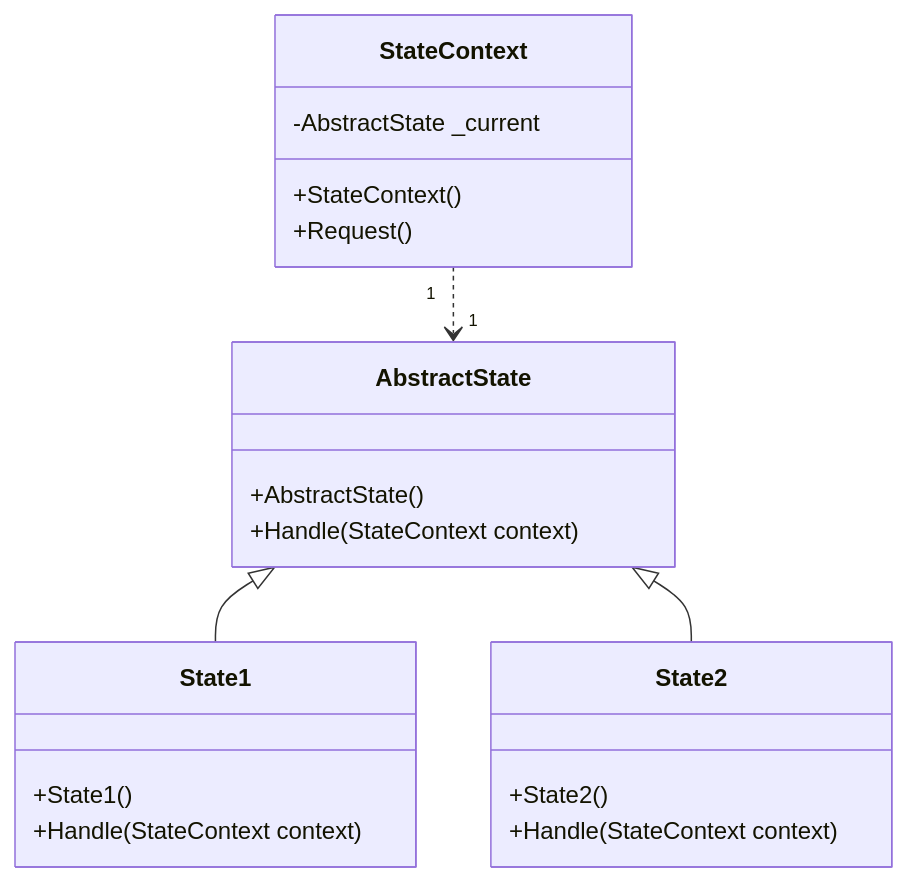
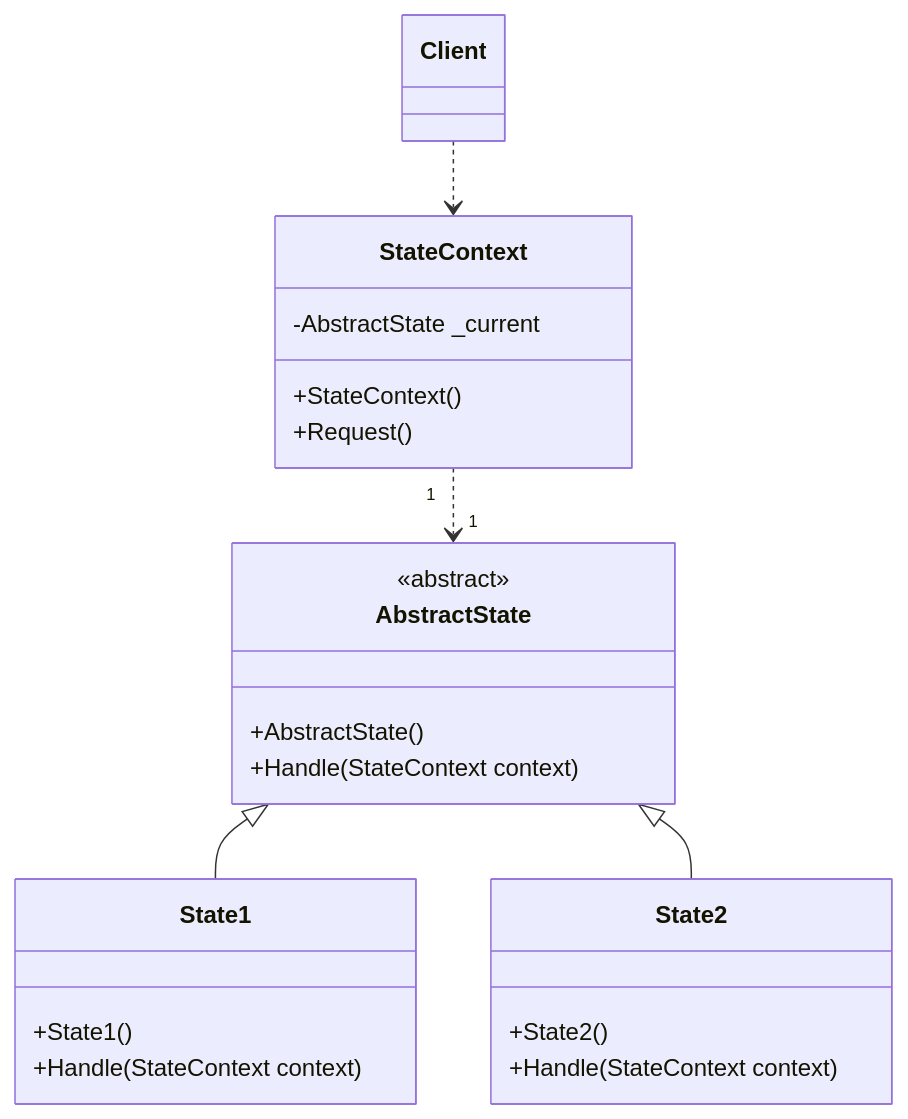
One commit to thunderstormwang/CodingNote changed the first of 2 diagrams in design_pattern/state.md. Above: the diagram before and after it, drawn with Mermaid. The commit also changed other lines of this file and 7 other files, not shown here.

````diff
--- a/design_pattern/state.md
+++ b/design_pattern/state.md
@@ -8,27 +11,30 @@
 ```mermaid
 classDiagram
+class Client
 class StateContext {
     -AbstractState _current
     +StateContext()
     +Request()
 }
 
 class AbstractState {
+    <<abstract>>
     +AbstractState()
     +Handle(StateContext context)
 }
 
 class State1 {
     +State1()
     +Handle(StateContext context)
 }
 
 class State2 {
     +State2()
     +Handle(StateContext context)
 }
 
+ Client ..> StateContext
 StateContext "1" ..> "1" AbstractState
 AbstractState <|-- State1
 AbstractState <|-- State2
 ```
````
